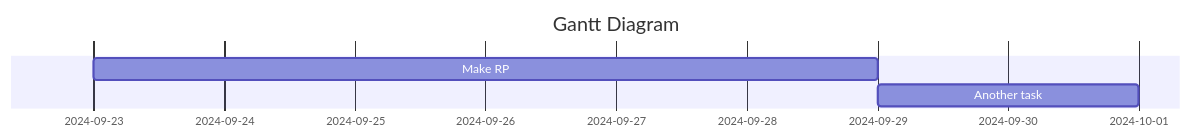
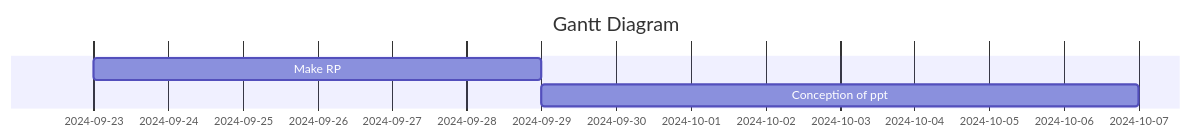
Before and after one commit to safwasd/iodraw-files: the diagram in all/代码甘特图.md, drawn with Mermaid.

Commit message:
2024-09-28 15:00:11 update

````diff
--- a/all/代码甘特图.md
+++ b/all/代码甘特图.md
@@ -1,10 +1,10 @@
 ```mermaid
 gantt
     title Gantt Diagram
     dateFormat  YYYY-MM-DD
     section  
     Make RP          :a1, 2024-09-23, 6d
-    Another task     :after a1  , 2d
+    Conception of ppt     :after a1  , 8d
     
             
 ```
````
